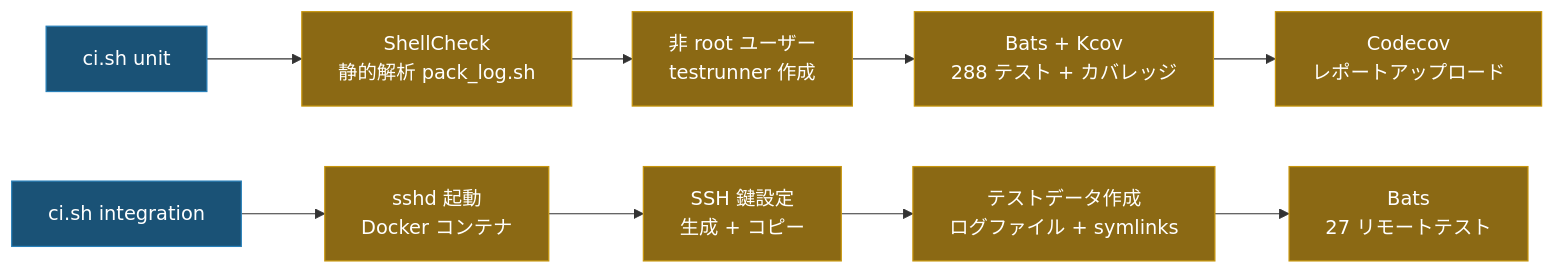
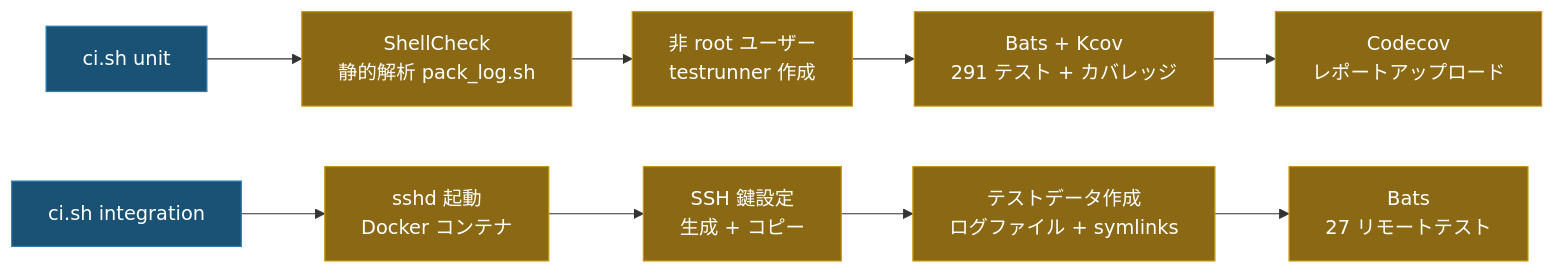
Before and after one commit to ycpss91255/pack_log: the diagram in doc/TEST.ja.md, drawn with Mermaid. The commit also changed other lines of this file and 8 other files, not shown here.

````diff
--- a/doc/TEST.ja.md
+++ b/doc/TEST.ja.md
@@ -85,15 +86,15 @@
 ```mermaid
 graph LR
     S["ci.sh unit"]:::entry --> SC["ShellCheck\n静的解析 pack_log.sh"]:::step
     SC --> USER["非 root ユーザー\ntestrunner 作成"]:::step
-    USER --> BT["Bats + Kcov\n288 テスト + カバレッジ"]:::step
+    USER --> BT["Bats + Kcov\n291 テスト + カバレッジ"]:::step
     BT --> CC["Codecov\nレポートアップロード"]:::step
 
     S2["ci.sh integration"]:::entry --> SSHD["sshd 起動\nDocker コンテナ"]:::step
     SSHD --> KEY["SSH 鍵設定\n生成 + コピー"]:::step
     KEY --> DATA["テストデータ作成\nログファイル + symlinks"]:::step
     DATA --> IT["Bats\n27 リモートテスト"]:::step
 
     classDef entry fill:#1a5276,color:#fff,stroke:#2980b9
     classDef step fill:#8B6914,color:#fff,stroke:#c8960c
 ```
````
